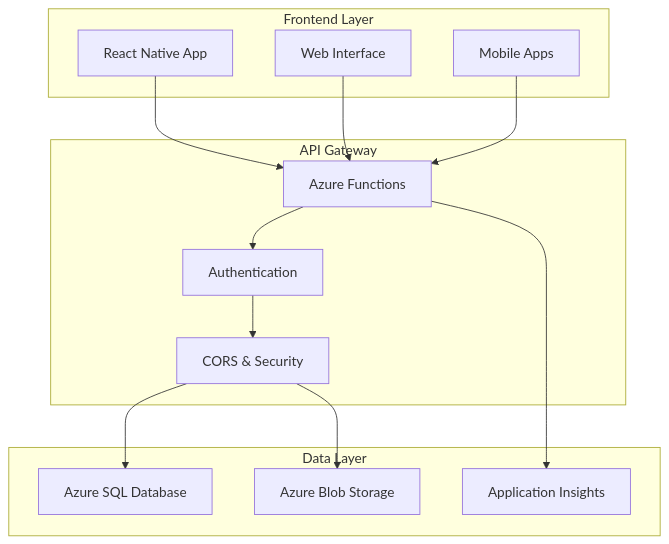
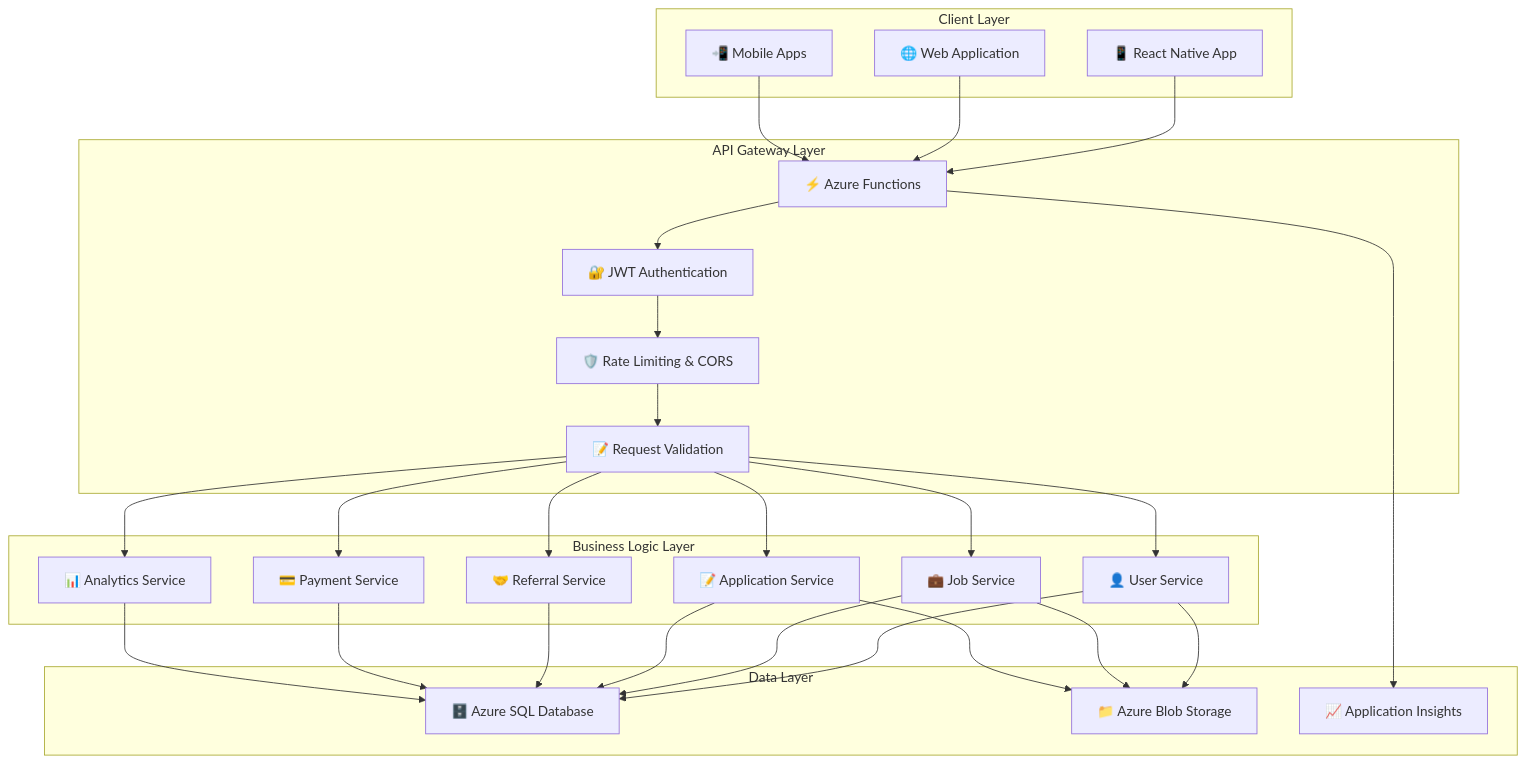
The first of 2 diagrams in README.md (RichardHenryJames/nexhire), drawn with Mermaid before and after one commit. The commit also changed other lines of this file and 2 other files, not shown here.

````diff
--- a/README.md
+++ b/README.md
@@ -72,29 +127,53 @@
 ```mermaid
 graph TB
-    subgraph "Frontend Layer"
-        A[React Native App]
-        B[Web Interface]
-        C[Mobile Apps]
+    subgraph "Client Layer"
+        A[📱 React Native App]
+        B[🌐 Web Application] 
+        C[📲 Mobile Apps]
     end
     
-    subgraph "API Gateway"
-        D[Azure Functions]
-        E[Authentication]
-        F[CORS & Security]
+    subgraph "API Gateway Layer"
+        D[⚡ Azure Functions]
+        E[🔐 JWT Authentication]
+        F[🛡️ Rate Limiting & CORS]
+        G[📝 Request Validation]
+    end
+    
+    subgraph "Business Logic Layer"
+        H[👤 User Service]
+        I[💼 Job Service] 
+        J[📝 Application Service]
+        K[🤝 Referral Service]
+        L[💳 Payment Service]
+        M[📊 Analytics Service]
     end
     
     subgraph "Data Layer"
-        G[Azure SQL Database]
-        H[Azure Blob Storage]
-        I[Application Insights]
+        N[🗄️ Azure SQL Database]
+        O[📁 Azure Blob Storage]
+        P[📈 Application Insights]
     end
     
     A --> D
     B --> D
     C --> D
     D --> E
     E --> F
     F --> G
-    F --> H
-    D --> I
+    G --> H
+    G --> I
+    G --> J
+    G --> K
+    G --> L
+    G --> M
+    H --> N
+    I --> N
+    J --> N
+    K --> N
+    L --> N
+    M --> N
+    H --> O
+    I --> O
+    J --> O
+    D --> P
 ```
````
